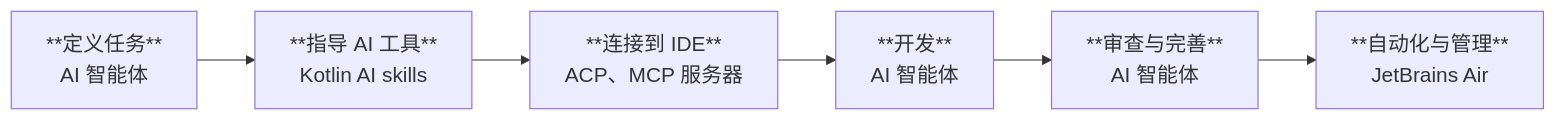
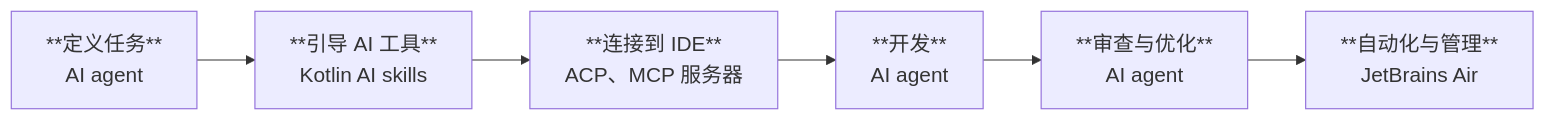
One commit to BinaryTape/Open-AIDoc changed the diagram in docs/kotlin/ai-for-development.md. Above: the diagram before and after it, drawn with Mermaid. The commit also changed other lines of this file and 193 other files, not shown here.

````diff
--- a/docs/kotlin/ai-for-development.md
+++ b/docs/kotlin/ai-for-development.md
@@ -13,20 +12,20 @@
 ```mermaid
 graph LR
     DefineTask["**定义任务**
-        AI 智能体"]
-    Guide["**指导 AI 工具**
+        AI agent"]
+    Guide["**引导 AI 工具**
         Kotlin AI skills"]
     Connect["**连接到 IDE**
         ACP、MCP 服务器"]
     Implement["**开发**
-        AI 智能体"]
-    Review["**审查与完善**
-        AI 智能体"]
+        AI agent"]
+    Review["**审查与优化**
+        AI agent"]
     Automate["**自动化与管理**
         JetBrains Air"]
 
     DefineTask --> Guide --> Connect --> Implement --> Review --> Automate
 
     classDef largeNode font-size:18px;
     class DefineTask,Guide,Connect,Implement,Review,Automate largeNode;
 ```
````
